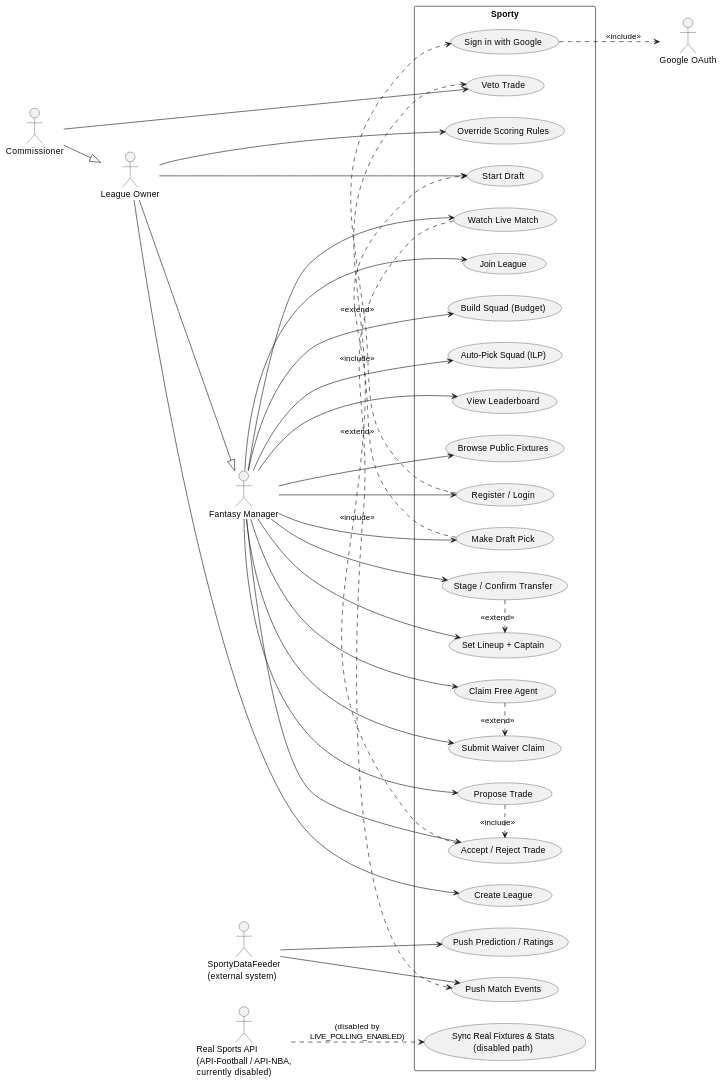
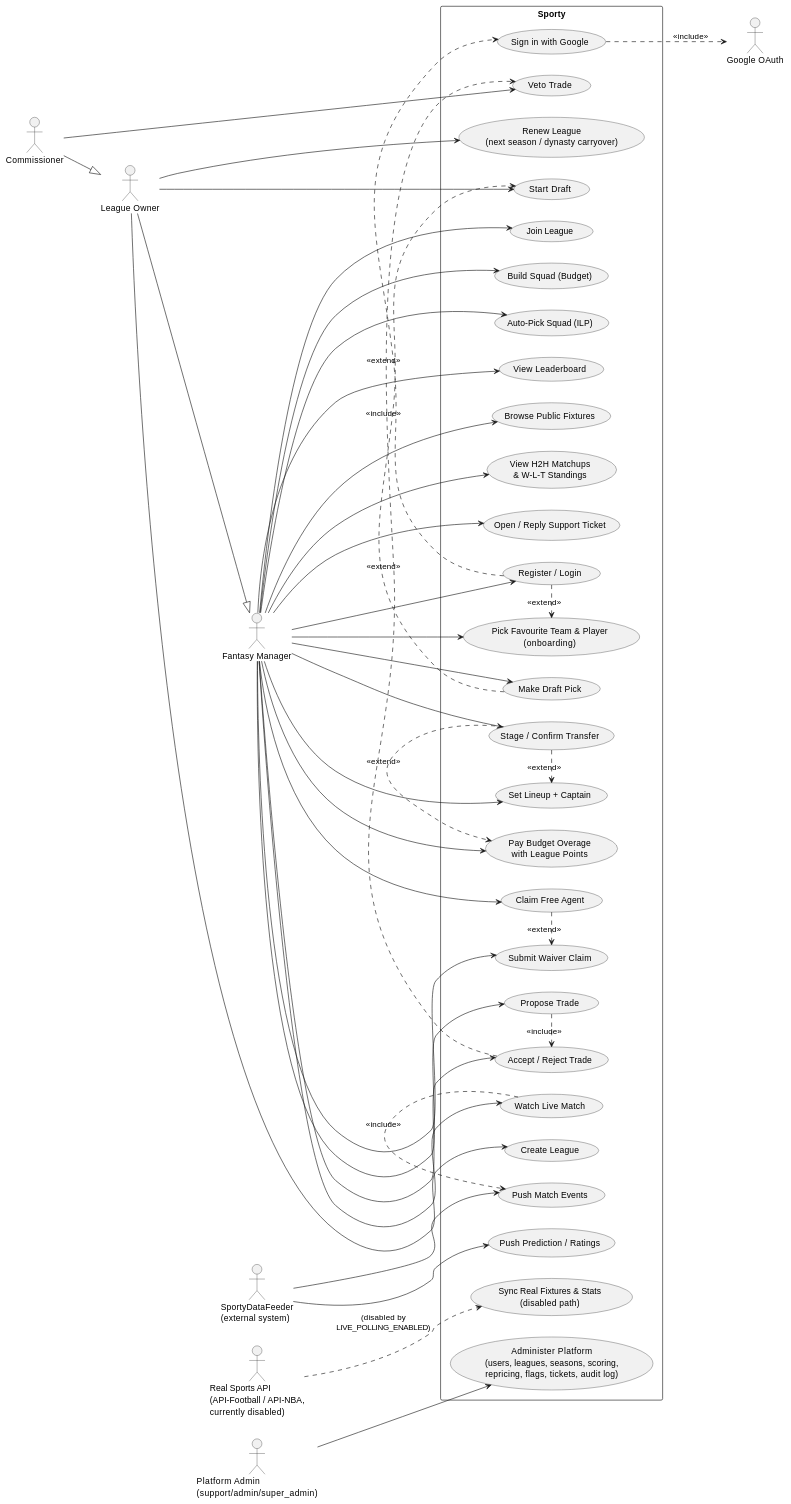
Before and after one commit to sam0690/Sporty: the diagram in diagrams/02_use_case_diagram.md, drawn with PlantUML. The commit also changed 16 other files, not shown here.

```diff
--- a/diagrams/02_use_case_diagram.md
+++ b/diagrams/02_use_case_diagram.md
@@ -9,6 +9,7 @@
 actor "SportyDataFeeder\n(external system)" as Feeder
 actor "Real Sports API\n(API-Football / API-NBA,\ncurrently disabled)" as RealAPI
 actor "Google OAuth" as Google
+actor "Platform Admin\n(support/admin/super_admin)" as Admin
 
 Owner --|> Manager
 Commissioner --|> Owner
@@ -32,14 +33,21 @@
   usecase "View Leaderboard" as UC15
   usecase "Browse Public Fixtures" as UC16
   usecase "Watch Live Match" as UC17
-  usecase "Override Scoring Rules" as UC18
+  usecase "Renew League\n(next season / dynasty carryover)" as UC18
   usecase "Push Match Events" as UC19
   usecase "Push Prediction / Ratings" as UC20
   usecase "Sync Real Fixtures & Stats\n(disabled path)" as UC21
+  usecase "Pick Favourite Team & Player\n(onboarding)" as UC22
+  usecase "View H2H Matchups\n& W-L-T Standings" as UC23
+  usecase "Pay Budget Overage\nwith League Points" as UC24
+  usecase "Open / Reply Support Ticket" as UC25
+  usecase "Administer Platform\n(users, leagues, seasons, scoring,\nrepricing, flags, tickets, audit log)" as UC26
 
   UC1 .> UC1a : <<extend>>
+  UC1 .> UC22 : <<extend>>
   UC5 .> UC4 : <<include>>
   UC8 .> UC9 : <<extend>>
+  UC8 .> UC24 : <<extend>>
   UC10 .> UC11 : <<extend>>
   UC12 .> UC13 : <<include>>
   UC13 .> UC14 : <<extend>>
@@ -60,12 +68,18 @@
 Manager --> UC15
 Manager --> UC16
 Manager --> UC17
+Manager --> UC22
+Manager --> UC23
+Manager --> UC24
+Manager --> UC25
 
 Owner --> UC2
 Owner --> UC4
 Owner --> UC18
 
 Commissioner --> UC14
+
+Admin --> UC26
 
 UC1a ..> Google : <<include>>
 
```
